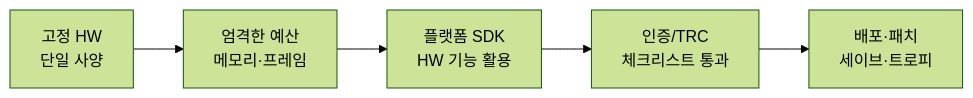
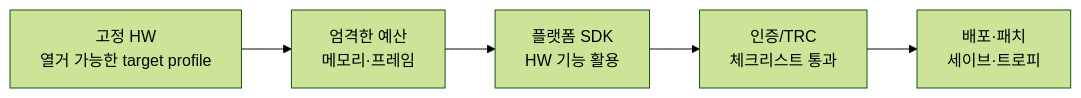
The first of 4 diagrams in platform/part02_console.md (Rein-ArXiv/game-dev-curriculum), drawn with Mermaid (forest theme) before and after one commit. The commit also changed other lines of this file and 279 other files, not shown here.

````diff
--- a/platform/part02_console.md
+++ b/platform/part02_console.md
@@ -7,7 +7,7 @@
 ```mermaid
 flowchart LR
-    HW[고정 HW<br/>단일 사양] --> Budget[엄격한 예산<br/>메모리·프레임]
+    HW[고정 HW<br/>열거 가능한 target profile] --> Budget[엄격한 예산<br/>메모리·프레임]
     Budget --> SDK[플랫폼 SDK<br/>HW 기능 활용]
     SDK --> Cert[인증/TRC<br/>체크리스트 통과]
     Cert --> Ship[배포·패치<br/>세이브·트로피]
 ```
````
